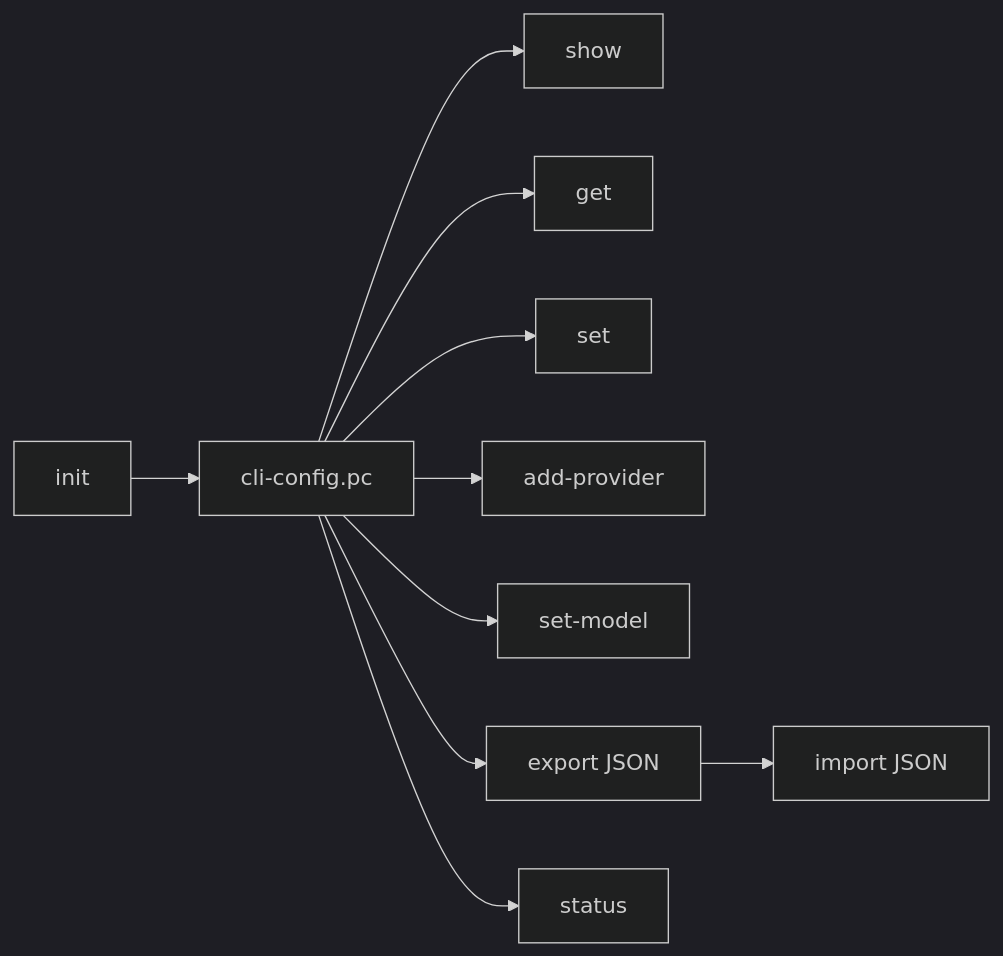
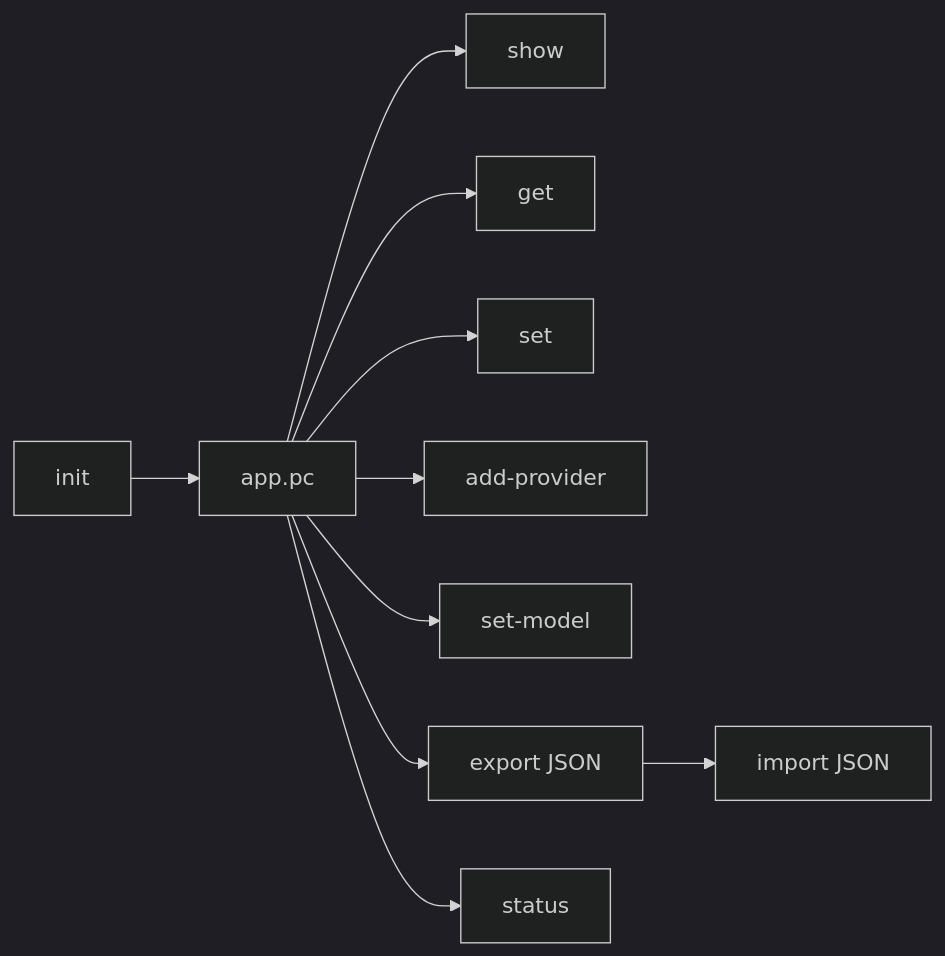
The third of 3 diagrams in documentation/CLI.md (tsfarizi/antikhitera-mcp-client), drawn with Mermaid (dark theme) before and after one commit. The commit also changed other lines of this file and 39 other files, not shown here.

````diff
--- a/documentation/CLI.md
+++ b/documentation/CLI.md
@@ -88,12 +111,12 @@
 ```mermaid
 flowchart LR
-    INIT[init] --> FILE[cli-config.pc]
+    INIT[init] --> FILE[app.pc]
     FILE --> SHOW[show]
     FILE --> GET[get]
     FILE --> SET[set]
     FILE --> ADD[add-provider]
     FILE --> MODEL[set-model]
     FILE --> EXPORT[export JSON]
     EXPORT --> IMPORT[import JSON]
     FILE --> STATUS[status]
 ```
````
